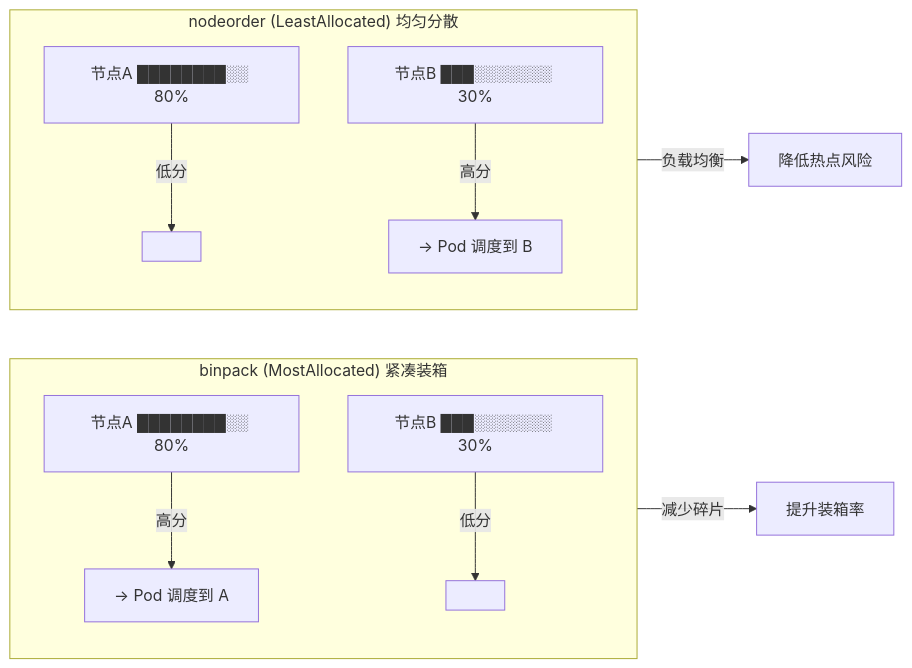
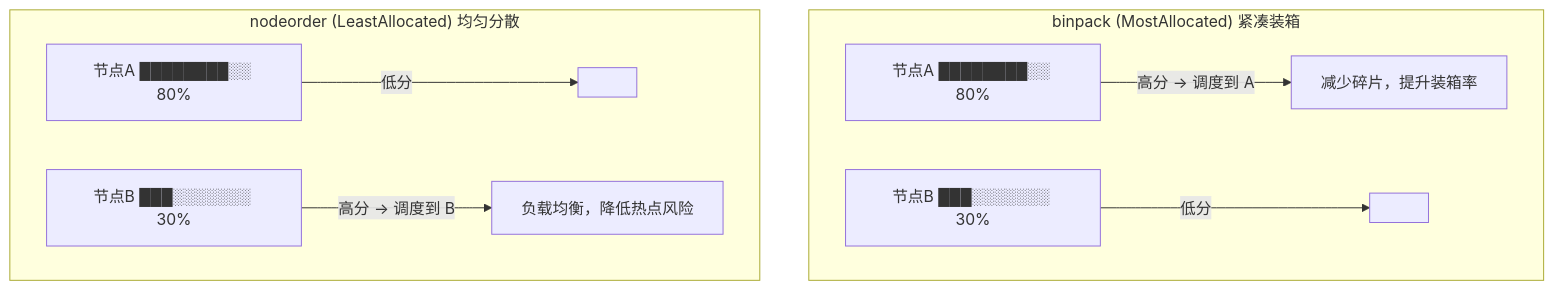
The second of 8 diagrams in pkg/scheduler/plugins/nodeorder/ANALYSIS.md (autsu/volcano), drawn with Mermaid before and after one commit. The commit also changed other lines of this file and 4 other files, not shown here.

````diff
--- a/pkg/scheduler/plugins/nodeorder/ANALYSIS.md
+++ b/pkg/scheduler/plugins/nodeorder/ANALYSIS.md
@@ -63,15 +64,11 @@
 ```mermaid
-flowchart LR
+flowchart TD
     subgraph BIN["binpack (MostAllocated) 紧凑装箱"]
-        direction TB
-        BA["节点A ████████░░ 80%"] -->|"高分"| BAR["→ Pod 调度到 A"]
+        BA["节点A ████████░░ 80%"] -->|"高分 → 调度到 A"| BAR["减少碎片，提升装箱率"]
         BB["节点B ███░░░░░░░ 30%"] -->|"低分"| BBR[" "]
     end
     subgraph NO["nodeorder (LeastAllocated) 均匀分散"]
-        direction TB
         NA["节点A ████████░░ 80%"] -->|"低分"| NAR[" "]
-        NB["节点B ███░░░░░░░ 30%"] -->|"高分"| NBR["→ Pod 调度到 B"]
+        NB["节点B ███░░░░░░░ 30%"] -->|"高分 → 调度到 B"| NBR["负载均衡，降低热点风险"]
     end
-    BIN -->|"减少碎片"| RESULT1["提升装箱率"]
-    NO -->|"负载均衡"| RESULT2["降低热点风险"]
 ```
````
